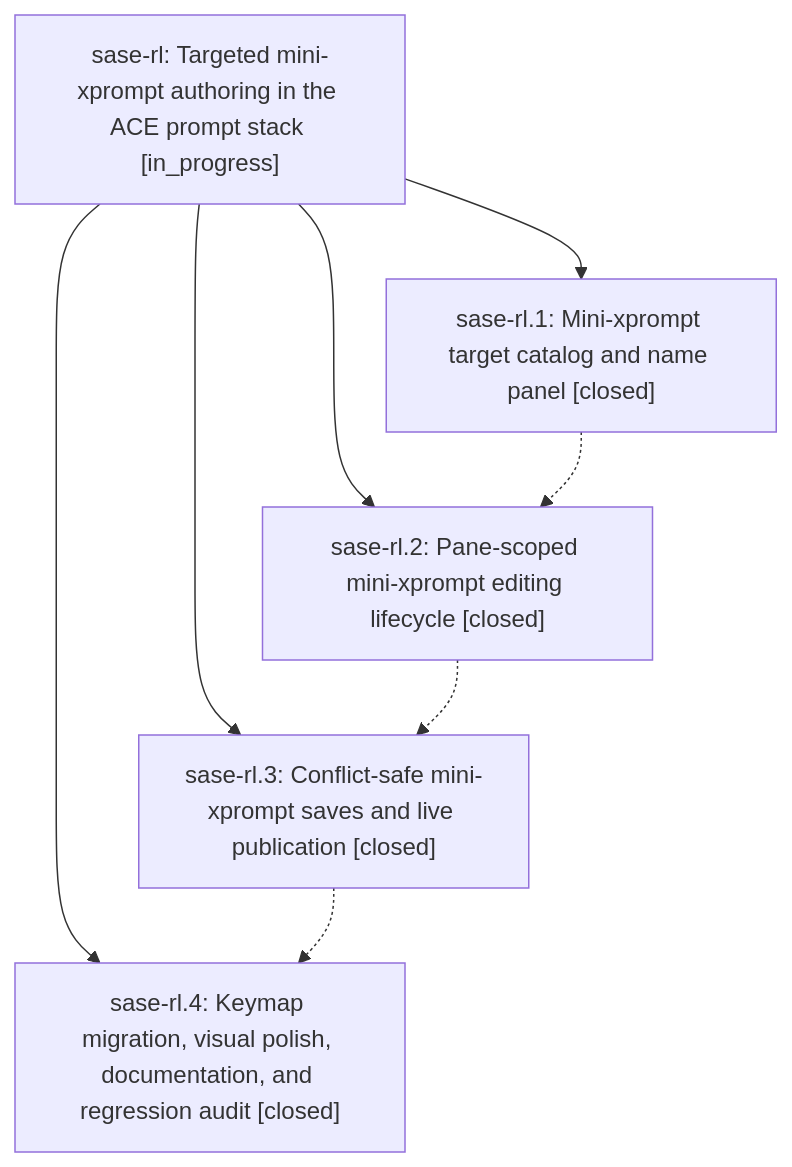
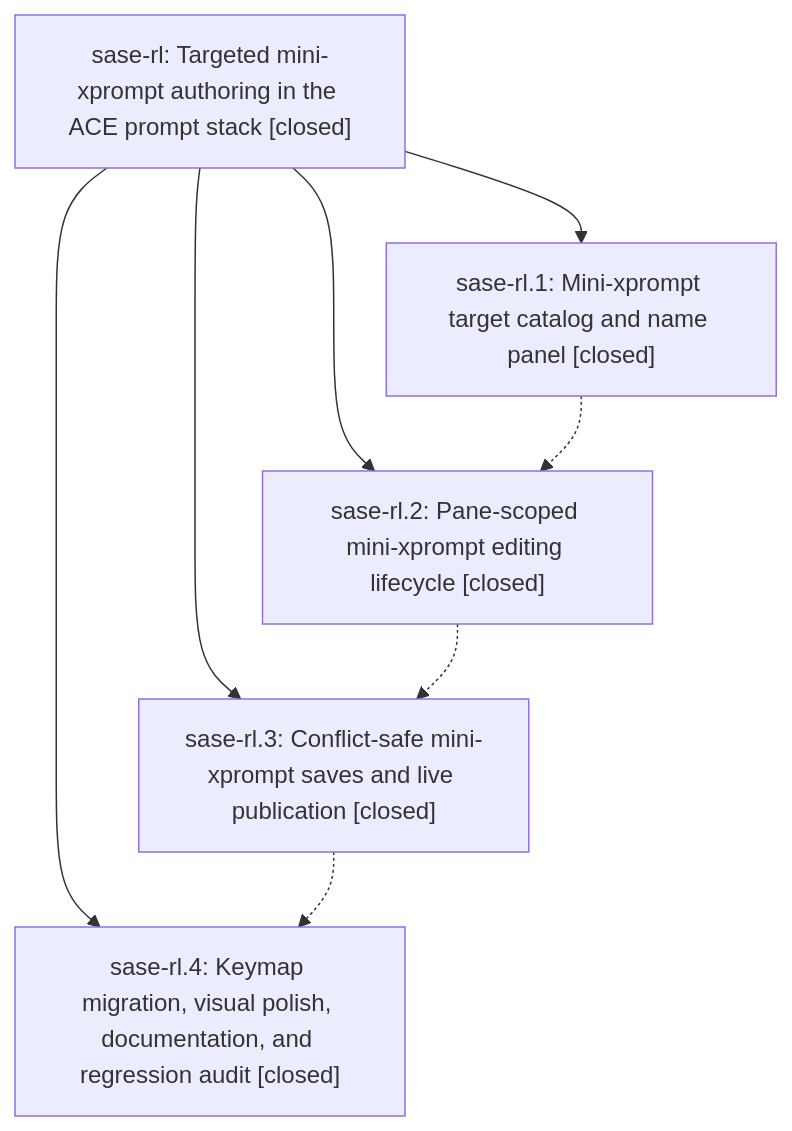
Before and after one commit to sase-org/sase--beads: the diagram in pages/sase-rl/README.md, drawn with Mermaid. The commit also changed other lines of this file, not shown here.

First line of the commit message:
chore(beads): sync bead state and pages for sase-rl

````diff
--- a/pages/sase-rl/README.md
+++ b/pages/sase-rl/README.md
@@ -25,15 +29,15 @@
 ```mermaid
 flowchart TD
-    n0["sase-rl: Targeted mini-xprompt authoring in the ACE prompt stack [in_progress]"]
+    n0["sase-rl: Targeted mini-xprompt authoring in the ACE prompt stack [closed]"]
     n1["sase-rl.1: Mini-xprompt target catalog and name panel [closed]"]
     n2["sase-rl.2: Pane-scoped mini-xprompt editing lifecycle [closed]"]
     n3["sase-rl.3: Conflict-safe mini-xprompt saves and live publication [closed]"]
     n4["sase-rl.4: Keymap migration, visual polish, documentation, and regression audit [closed]"]
     n0 --> n1
     n0 --> n2
     n0 --> n3
     n0 --> n4
     n1 -.-> n2
     n2 -.-> n3
     n3 -.-> n4
 ```
````
